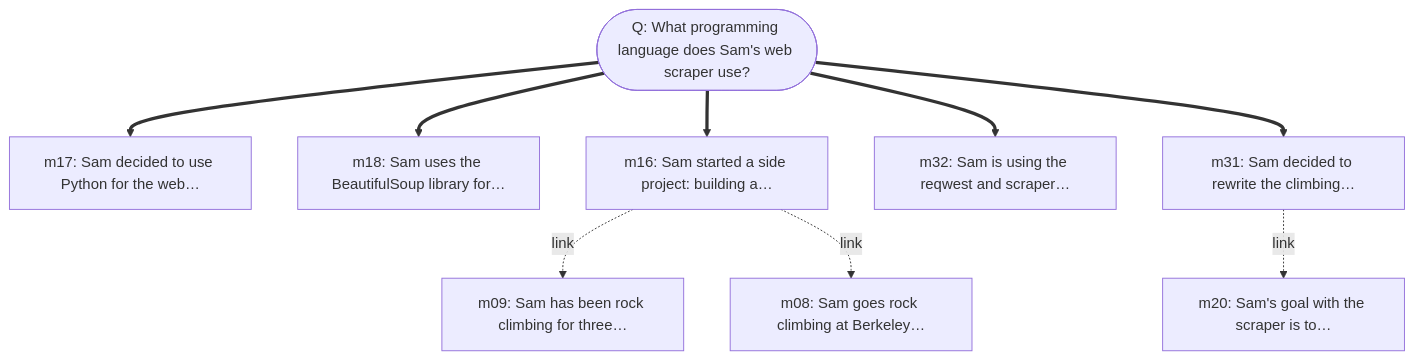
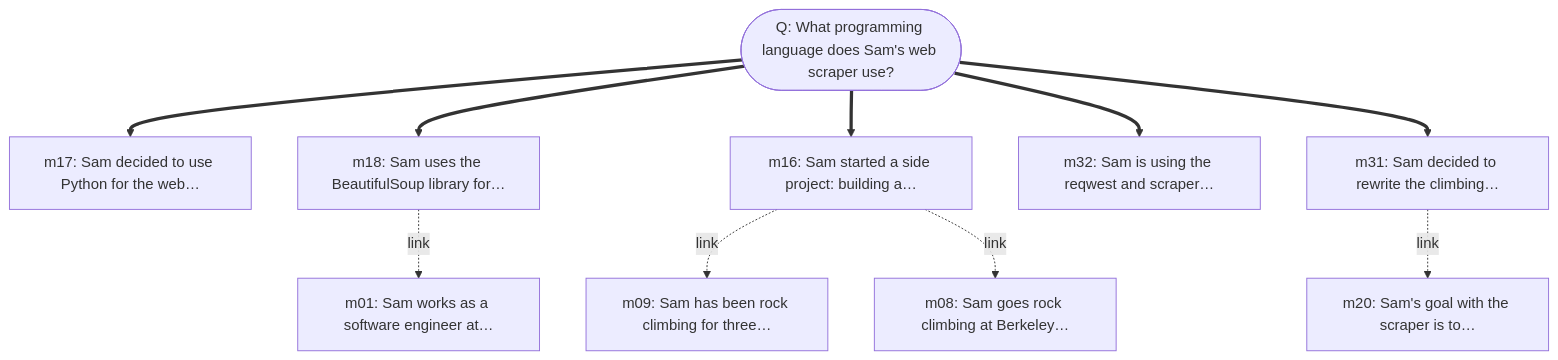
Before and after one commit to pandazxx/a-mem-reproduction: the sixth of 22 diagrams in results/comparison/amem/traces.md, drawn with Mermaid. The commit also changed other lines of this file and 64 other files, not shown here.

````diff
--- a/results/comparison/amem/traces.md
+++ b/results/comparison/amem/traces.md
@@ -157,20 +153,22 @@
 ```mermaid
 graph TD
     Q(["Q: What programming language does Sam's web scraper use?"])
     m17["m17: Sam decided to use Python for the web…"]
     Q ==> m17
     m18["m18: Sam uses the BeautifulSoup library for…"]
     Q ==> m18
     m16["m16: Sam started a side project: building a…"]
     Q ==> m16
     m32["m32: Sam is using the reqwest and scraper…"]
     Q ==> m32
     m31["m31: Sam decided to rewrite the climbing…"]
     Q ==> m31
+    m01["m01: Sam works as a software engineer at…"]
+    m18 -.->|link| m01
     m09["m09: Sam has been rock climbing for three…"]
     m16 -.->|link| m09
     m08["m08: Sam goes rock climbing at Berkeley…"]
     m16 -.->|link| m08
     m20["m20: Sam's goal with the scraper is to…"]
     m31 -.->|link| m20
 ```
````
